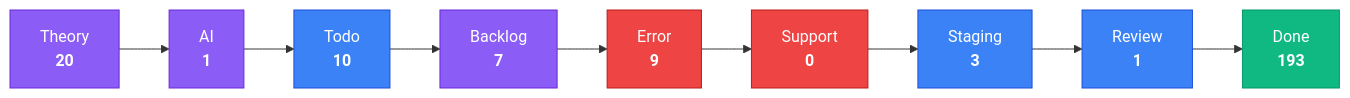
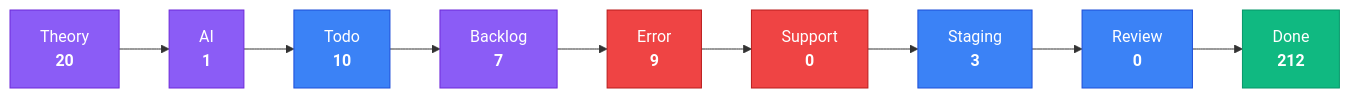
Before and after one commit to KBVE/kbve: the third of 4 diagrams in apps/kbve/astro-kbve/src/content/docs/dashboard/kanban-data.mdx, drawn with Mermaid. The commit also changed other lines of this file and 8 other files, not shown here.

````diff
--- a/apps/kbve/astro-kbve/src/content/docs/dashboard/kanban-data.mdx
+++ b/apps/kbve/astro-kbve/src/content/docs/dashboard/kanban-data.mdx
@@ -80,28 +79,28 @@
 ```mermaid
 flowchart LR
     classDef planning fill:#8b5cf6,stroke:#6d28d9,color:#fff
     classDef active fill:#3b82f6,stroke:#1d4ed8,color:#fff
     classDef blocked fill:#ef4444,stroke:#b91c1c,color:#fff
     classDef done fill:#10b981,stroke:#059669,color:#fff
     Theory["Theory<br/><strong>20</strong>"]
     Theory --> AI
     AI["AI<br/><strong>1</strong>"]
     AI --> Todo
     Todo["Todo<br/><strong>10</strong>"]
     Todo --> Backlog
     Backlog["Backlog<br/><strong>7</strong>"]
     Backlog --> Error
     Error["Error<br/><strong>9</strong>"]
     Error --> Support
     Support["Support<br/><strong>0</strong>"]
     Support --> Staging
     Staging["Staging<br/><strong>3</strong>"]
     Staging --> Review
-    Review["Review<br/><strong>1</strong>"]
+    Review["Review<br/><strong>0</strong>"]
     Review --> Done
-    Done["Done<br/><strong>193</strong>"]
+    Done["Done<br/><strong>212</strong>"]
     class Theory,AI,Backlog planning
     class Todo,Staging,Review active
     class Error,Support blocked
     class Done done
 ```
````
